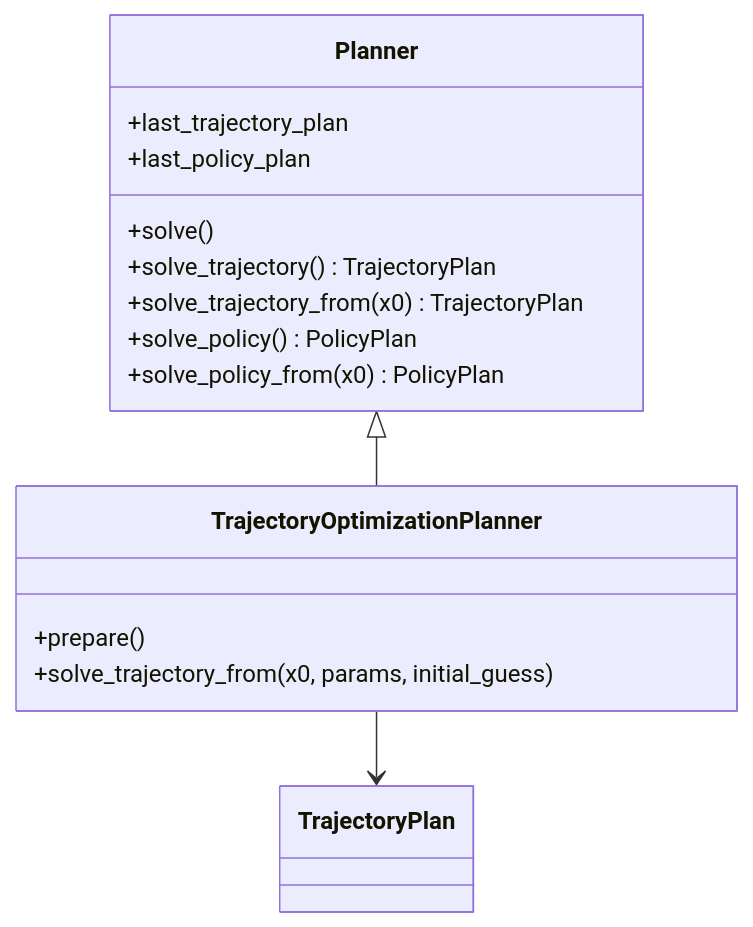
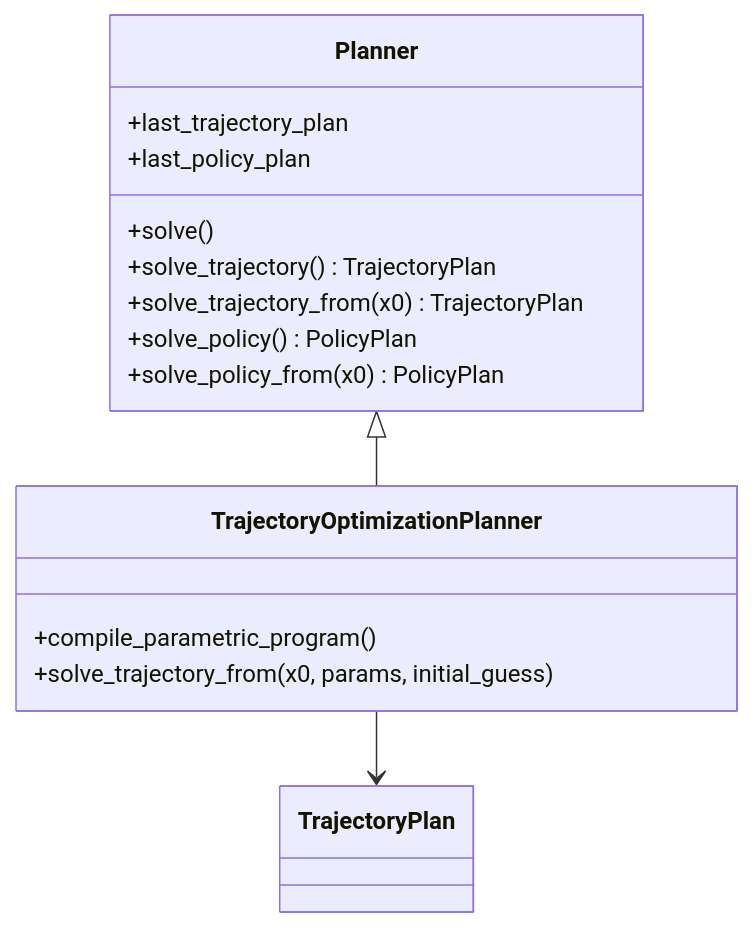
The second of 2 diagrams in docs/plans/mpc-rh-refactor/vision.md (alx87grd/minilink), drawn with Mermaid before and after one commit. The commit also changed other lines of this file and 47 other files, not shown here.

````diff
--- a/docs/plans/mpc-rh-refactor/vision.md
+++ b/docs/plans/mpc-rh-refactor/vision.md
@@ -141,18 +142,18 @@
 ```mermaid
 classDiagram
   class Planner {
     +last_trajectory_plan
     +last_policy_plan
     +solve()
     +solve_trajectory() TrajectoryPlan
     +solve_trajectory_from(x0) TrajectoryPlan
     +solve_policy() PolicyPlan
     +solve_policy_from(x0) PolicyPlan
   }
   class TrajectoryOptimizationPlanner {
-    +prepare()
+    +compile_parametric_program()
     +solve_trajectory_from(x0, params, initial_guess)
   }
   Planner <|-- TrajectoryOptimizationPlanner
   TrajectoryOptimizationPlanner --> TrajectoryPlan
 ```
````
